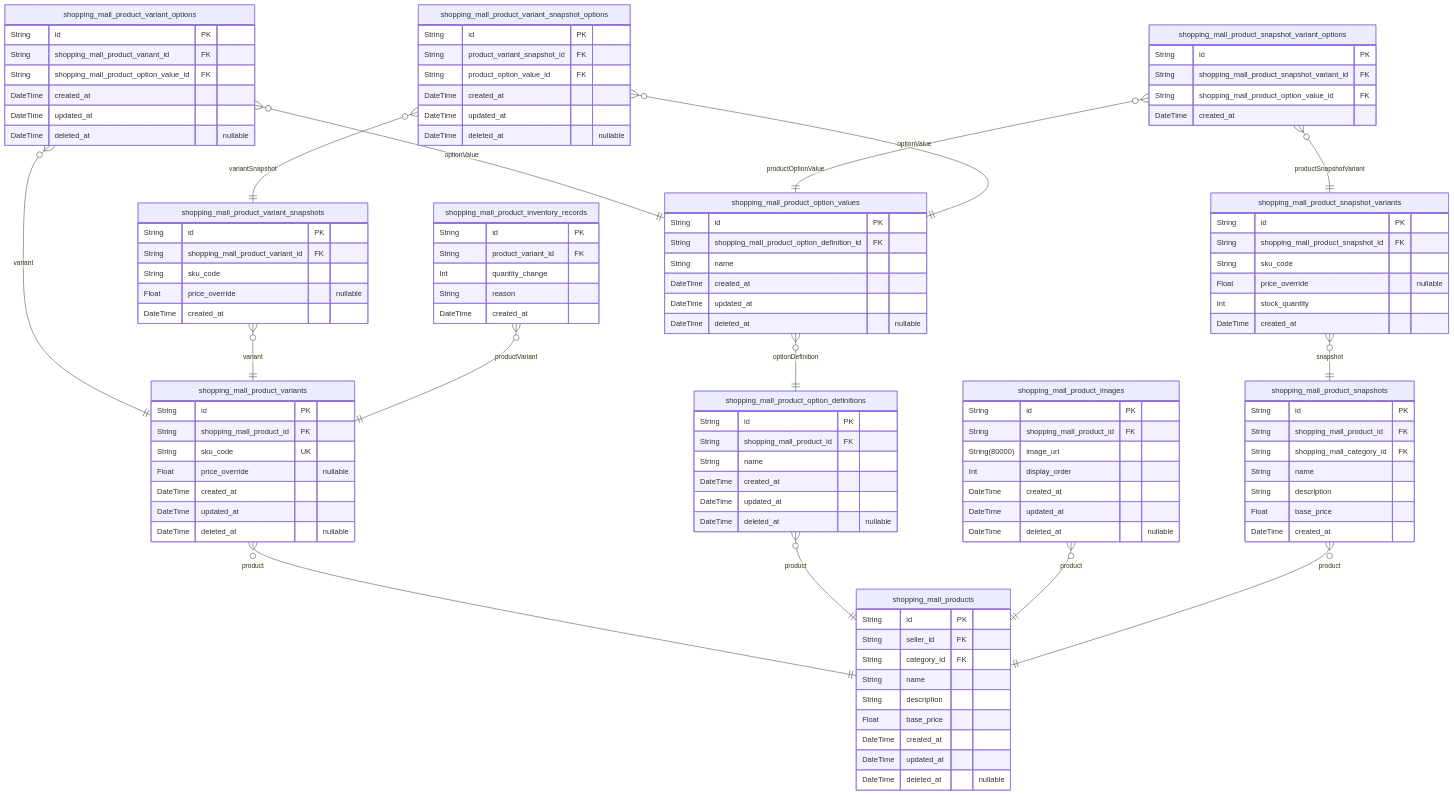
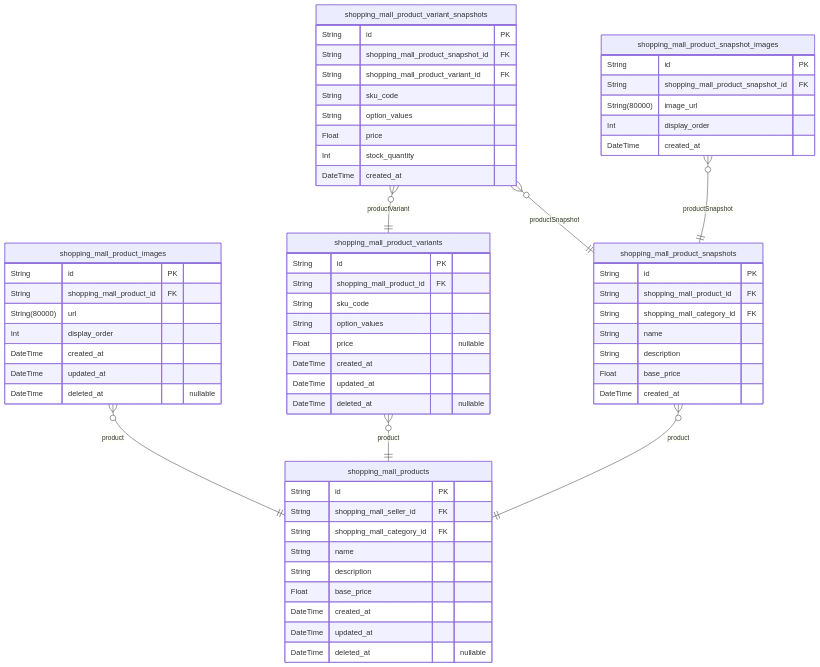
Before and after one commit to wrtnlabs/autobe-examples: the sixth of 11 diagrams in qwen/qwen3.5-397b-a17b/shopping/docs/ERD.md, drawn with Mermaid. The commit also changed other lines of this file and 32093 other files, not shown here.

````diff
--- a/qwen/qwen3.5-397b-a17b/shopping/docs/ERD.md
+++ b/qwen/qwen3.5-397b-a17b/shopping/docs/ERD.md
@@ -682,8 +1830,8 @@
 erDiagram
 "shopping_mall_products" {
   String id PK
-  String seller_id FK
-  String category_id FK
+  String shopping_mall_seller_id FK
+  String shopping_mall_category_id FK
   String name
   String description
   Float base_price
@@ -691,44 +1839,21 @@
   DateTime updated_at
   DateTime deleted_at "nullable"
 }
-"shopping_mall_product_variants" {
+"shopping_mall_product_images" {
   String id PK
   String shopping_mall_product_id FK
-  String sku_code UK
-  Float price_override "nullable"
+  String(80000) url
+  Int display_order
   DateTime created_at
   DateTime updated_at
   DateTime deleted_at "nullable"
 }
-"shopping_mall_product_option_definitions" {
+"shopping_mall_product_variants" {
   String id PK
   String shopping_mall_product_id FK
-  String name
-  DateTime created_at
-  DateTime updated_at
-  DateTime deleted_at "nullable"
-}
-"shopping_mall_product_option_values" {
-  String id PK
-  String shopping_mall_product_option_definition_id FK
-  String name
-  DateTime created_at
-  DateTime updated_at
-  DateTime deleted_at "nullable"
-}
-"shopping_mall_product_variant_options" {
-  String id PK
-  String shopping_mall_product_variant_id FK
-  String shopping_mall_product_option_value_id FK
-  DateTime created_at
-  DateTime updated_at
-  DateTime deleted_at "nullable"
-}
-"shopping_mall_product_images" {
-  String id PK
-  String shopping_mall_product_id FK
-  String(80000) image_url
-  Int display_order
+  String sku_code
+  String option_values
+  Float price "nullable"
   DateTime created_at
   DateTime updated_at
   DateTime deleted_at "nullable"
@@ -742,54 +1867,27 @@
   Float base_price
   DateTime created_at
 }
-"shopping_mall_product_snapshot_variants" {
+"shopping_mall_product_variant_snapshots" {
   String id PK
   String shopping_mall_product_snapshot_id FK
+  String shopping_mall_product_variant_id FK
   String sku_code
-  Float price_override "nullable"
+  String option_values
+  Float price
   Int stock_quantity
   DateTime created_at
 }
-"shopping_mall_product_variant_snapshots" {
+"shopping_mall_product_snapshot_images" {
   String id PK
-  String shopping_mall_product_variant_id FK
-  String sku_code
-  Float price_override "nullable"
+  String shopping_mall_product_snapshot_id FK
+  String(80000) image_url
+  Int display_order
   DateTime created_at
 }
-"shopping_mall_product_inventory_records" {
-  String id PK
-  String product_variant_id FK
-  Int quantity_change
-  String reason
-  DateTime created_at
-}
-"shopping_mall_product_snapshot_variant_options" {
-  String id PK
-  String shopping_mall_product_snapshot_variant_id FK
-  String shopping_mall_product_option_value_id FK
-  DateTime created_at
-}
-"shopping_mall_product_variant_snapshot_options" {
-  String id PK
-  String product_variant_snapshot_id FK
-  String product_option_value_id FK
-  DateTime created_at
-  DateTime updated_at
-  DateTime deleted_at "nullable"
-}
+"shopping_mall_product_images" }o--|| "shopping_mall_products" : product
 "shopping_mall_product_variants" }o--|| "shopping_mall_products" : product
-"shopping_mall_product_option_definitions" }o--|| "shopping_mall_products" : product
-"shopping_mall_product_option_values" }o--|| "shopping_mall_product_option_definitions" : optionDefinition
-"shopping_mall_product_variant_options" }o--|| "shopping_mall_product_variants" : variant
-"shopping_mall_product_variant_options" }o--|| "shopping_mall_product_option_values" : optionValue
-"shopping_mall_product_images" }o--|| "shopping_mall_products" : product
 "shopping_mall_product_snapshots" }o--|| "shopping_mall_products" : product
-"shopping_mall_product_snapshot_variants" }o--|| "shopping_mall_product_snapshots" : snapshot
-"shopping_mall_product_variant_snapshots" }o--|| "shopping_mall_product_variants" : variant
-"shopping_mall_product_inventory_records" }o--|| "shopping_mall_product_variants" : productVariant
-"shopping_mall_product_snapshot_variant_options" }o--|| "shopping_mall_product_snapshot_variants" : productSnapshotVariant
-"shopping_mall_product_snapshot_variant_options" }o--|| "shopping_mall_product_option_values" : productOptionValue
-"shopping_mall_product_variant_snapshot_options" }o--|| "shopping_mall_product_variant_snapshots" : variantSnapshot
-"shopping_mall_product_variant_snapshot_options" }o--|| "shopping_mall_product_option_values" : optionValue
+"shopping_mall_product_variant_snapshots" }o--|| "shopping_mall_product_snapshots" : productSnapshot
+"shopping_mall_product_variant_snapshots" }o--|| "shopping_mall_product_variants" : productVariant
+"shopping_mall_product_snapshot_images" }o--|| "shopping_mall_product_snapshots" : productSnapshot
 ```
````
